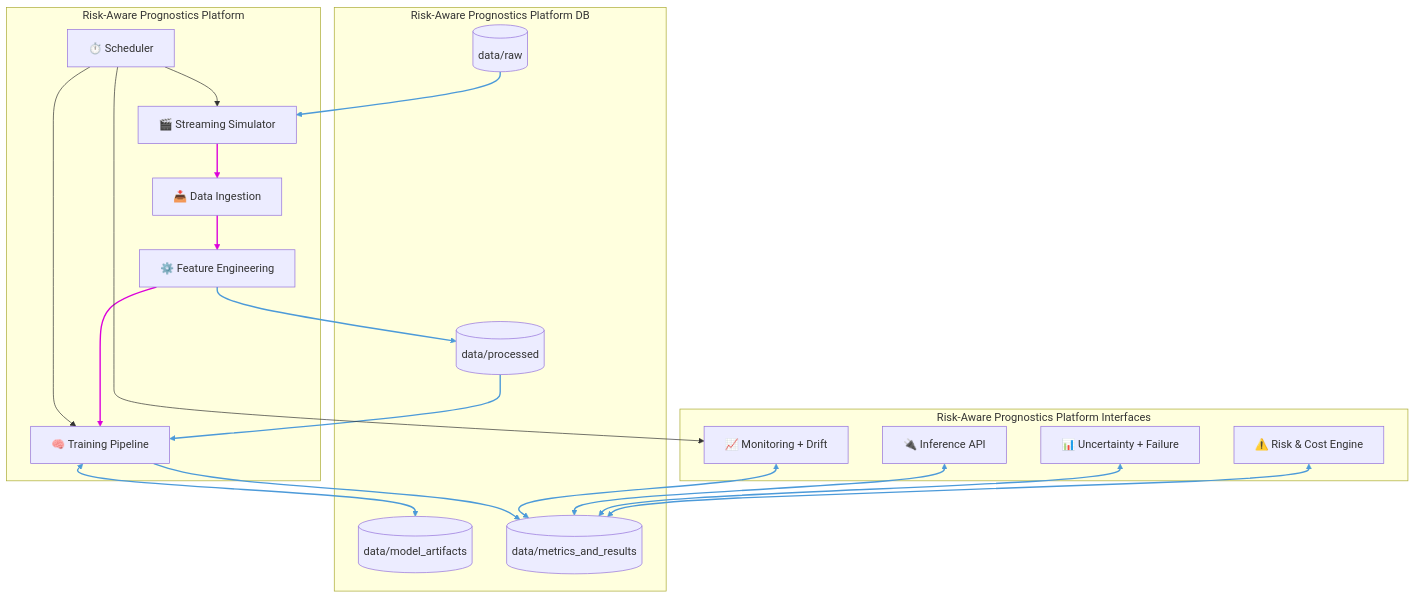
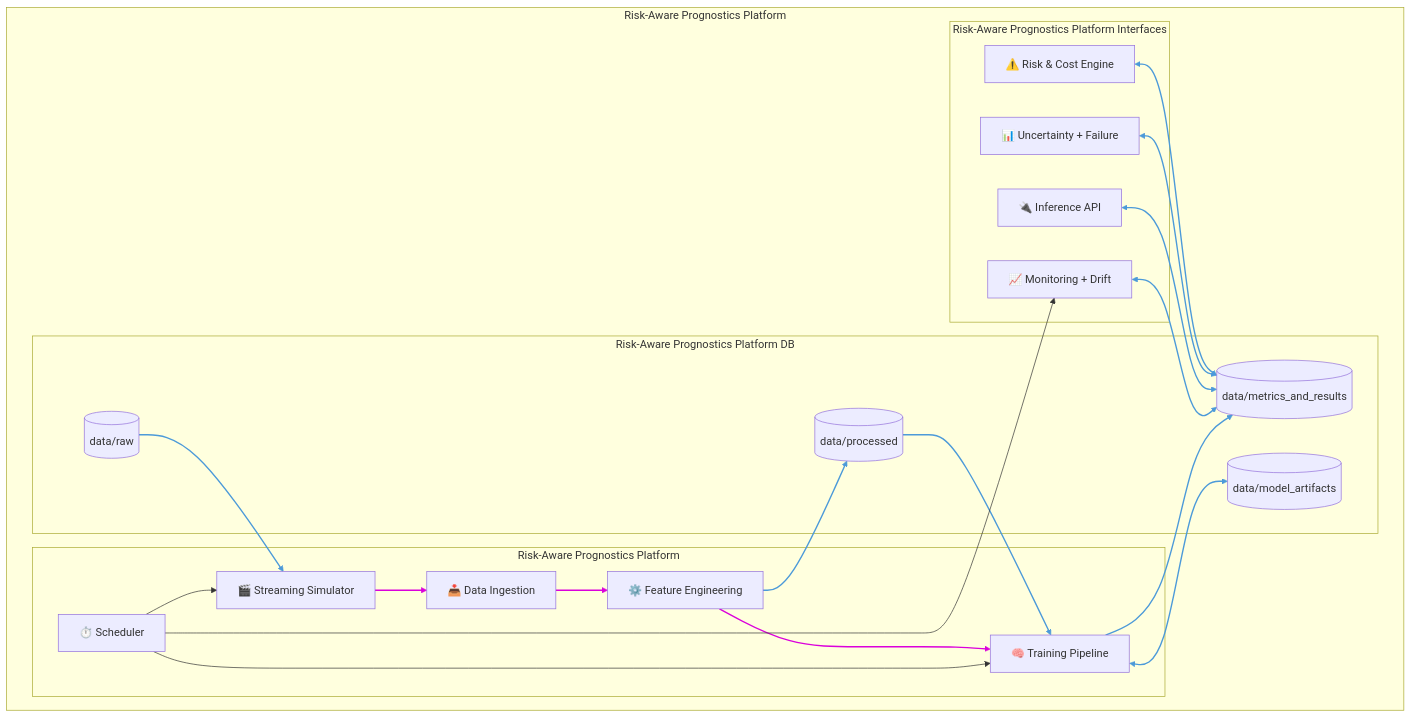
One commit to FrancescoPicazio/Risk-Aware-AI-Platform-for-Predictive-Maintenance-in-Safety-Critical-Systems changed the second of 3 diagrams in docs/ARCHITECTURE.md. Above: the diagram before and after it, drawn with Mermaid.

Commit message:
refactor: reorganize architecture diagram for improved clarity

````diff
--- a/docs/ARCHITECTURE.md
+++ b/docs/ARCHITECTURE.md
@@ -46,48 +46,49 @@
 ```mermaid
 flowchart TB
-  subgraph Platform[Risk-Aware Prognostics Platform]
-    sim["🎬 Streaming Simulator"]
-    ingest["📥 Data Ingestion"]
-    fe["⚙️ Feature Engineering"]
-    train["🧠 Training Pipeline"]
-    
-    sched["⏱️ Scheduler"]
-  end
-  
-    
-  subgraph Interfaces[Risk-Aware Prognostics Platform Interfaces]
-    uq["📊 Uncertainty + Failure"]
-    risk["⚠️ Risk & Cost Engine"]
-    api["🔌 Inference API"]
-    mon["📈 Monitoring + Drift"]
-  end
-  
-  subgraph Data[Risk-Aware Prognostics Platform DB]
-    raw[(data/raw)]
-    proc[(data/processed)]
-    artifacts[(data/model_artifacts)]
-    results[(data/metrics_and_results)]
-  end
+    subgraph Platform[Risk-Aware Prognostics Platform]
 
+        subgraph Data[Risk-Aware Prognostics Platform DB]
+          raw[(data/raw)]
+          proc[(data/processed)]
+          artifacts[(data/model_artifacts)]
+          results[(data/metrics_and_results)]
+        end
+          
+        subgraph Interfaces[Risk-Aware Prognostics Platform Interfaces]
+          uq["📊 Uncertainty + Failure"]
+          risk["⚠️ Risk & Cost Engine"]
+          api["🔌 Inference API"]
+          mon["📈 Monitoring + Drift"]
+        end
+        
+        subgraph Pipeline[Risk-Aware Prognostics Platform]
+          sim["🎬 Streaming Simulator"]
+          ingest["📥 Data Ingestion"]
+          fe["⚙️ Feature Engineering"]
+          train["🧠 Training Pipeline"]
+          sched["⏱️ Scheduler"]
+        end
+
+ end
 
   raw --> sim
   sim --> ingest
   ingest --> fe
   fe --> train
   fe --> proc
   risk <--> results
   uq <--> results
   api <--> results
   mon <--> results
   proc --> train
   train <--> artifacts
   train --> results
   sched --> sim
   sched --> train
   sched --> mon
 
   linkStyle 1,2,3 stroke:#DB00DB,stroke-width:2px
   linkStyle 0,4,5,6,7,8,9,10,11 stroke:#4C9AD9,stroke-width:2px
 
   %% Colori frecce
 ```
````
